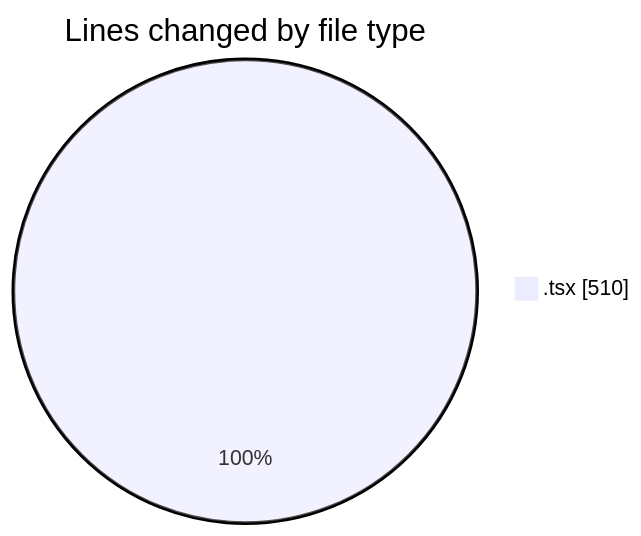
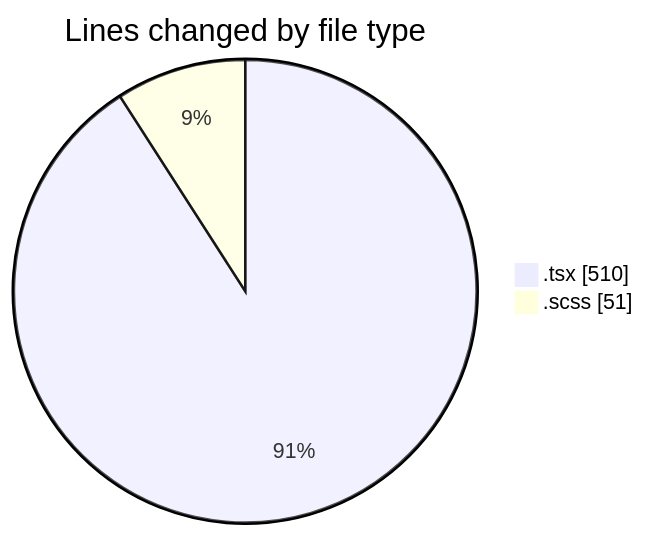
Before and after one commit to momahboobian/code-tracking: the first of 2 diagrams in 2025-04-10/cda/README.md, drawn with Mermaid. The commit also changed other lines of this file and 1 other file, not shown here.

````diff
--- a/2025-04-10/cda/README.md
+++ b/2025-04-10/cda/README.md
@@ -20,5 +21,6 @@
 ```mermaid
 pie showData
 title Lines changed by file type
 ".tsx" : 510
+".scss" : 51
 ```
````
